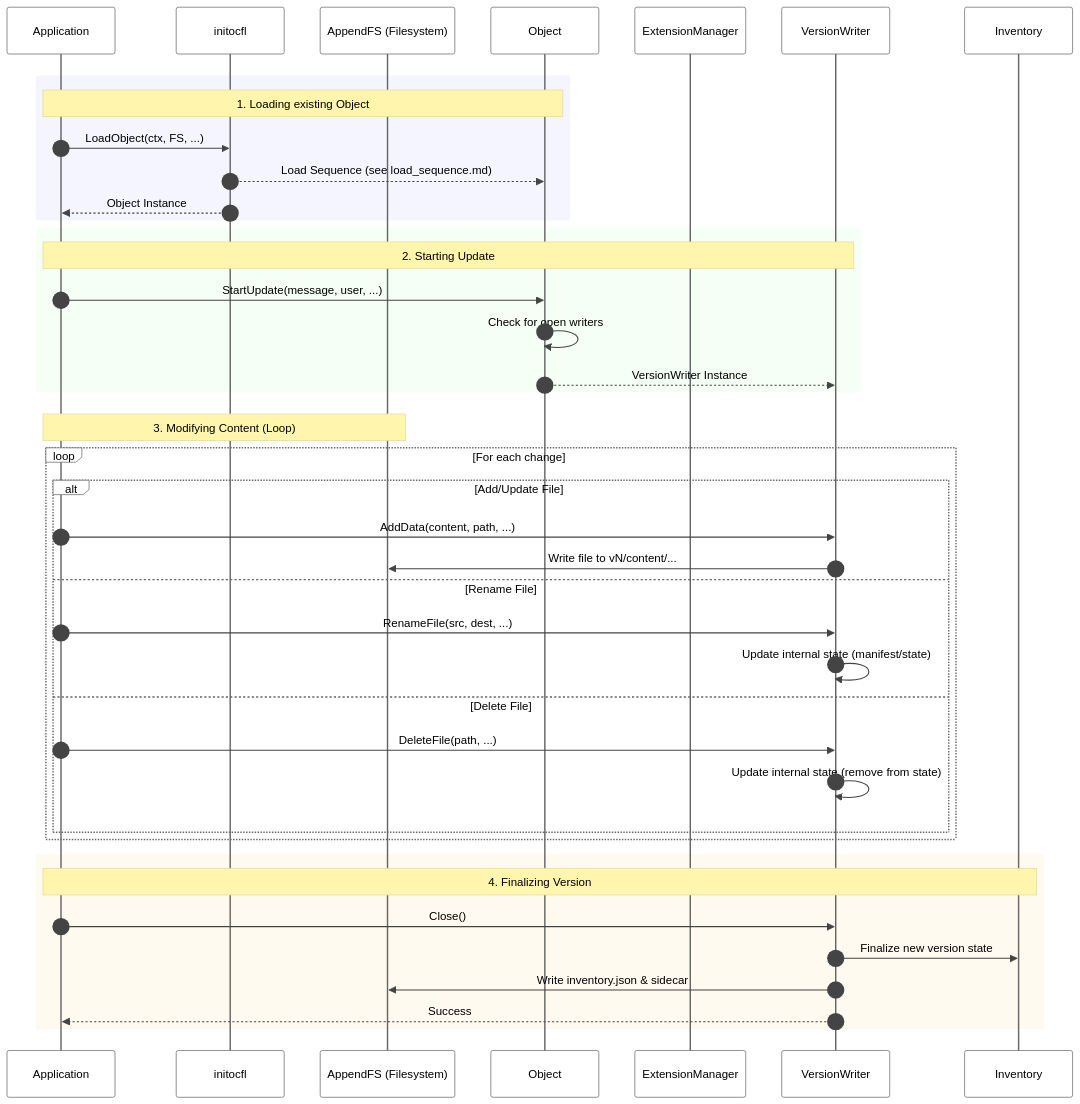
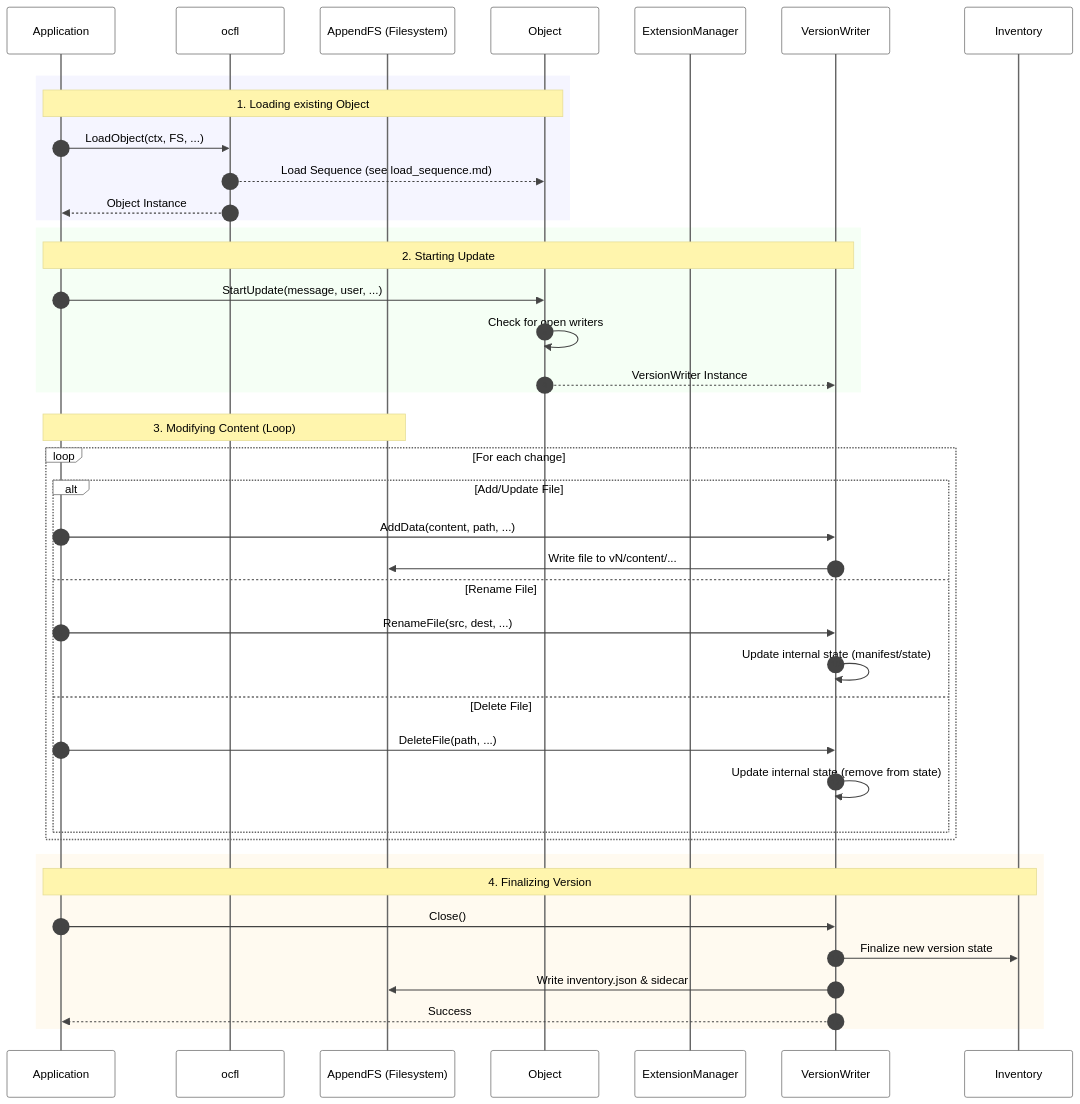
One commit to ocfl-archive/gocfl changed the diagram in pkg/ocfl/object/docs/update_sequence.md. Above: the diagram before and after it, drawn with Mermaid. The commit also changed 41 other files, not shown here.

Commit message:
Replaced `initocfl` package references with `ocfl` throughout the project for improved consistency in naming. Updated associated documentation, examples, and tests to reflect this change. Removed outdated `initocfl` documentation files.

````diff
--- a/pkg/ocfl/object/docs/update_sequence.md
+++ b/pkg/ocfl/object/docs/update_sequence.md
@@ -9,52 +9,52 @@
 ```mermaid
 %%{init: { 'theme': 'base', 'themeVariables': { 'background': '#ffffff', 'primaryTextColor': '#000000', 'lineColor': '#444444', 'secondaryColor': '#eeeeee', 'tertiaryColor': '#eeeeee', 'actorBkg': '#ffffff', 'actorBorder': '#666666', 'actorTextColor': '#000000', 'noteBkgColor': '#fff5ad', 'noteTextColor': '#000000', 'signalColor': '#444444', 'signalTextColor': '#000000', 'sequenceNumberColor': '#444444', 'loopTextColor': '#000000' } } }%%
 sequenceDiagram
     autonumber
     rect rgb(255, 255, 255)
     participant App as Application
-    participant Init as initocfl
+    participant Init as ocfl
     participant FS as AppendFS (Filesystem)
     participant Obj as Object
     participant EM as ExtensionManager
     participant VW as VersionWriter
     participant Inv as Inventory
 
     rect rgb(245, 245, 255)
     Note over App, Obj: 1. Loading existing Object
     App->>Init: LoadObject(ctx, FS, ...)
     Init-->>Obj: Load Sequence (see load_sequence.md)
     Init-->>App: Object Instance
     end
 
     rect rgb(245, 255, 245)
     Note over App, VW: 2. Starting Update
     App->>Obj: StartUpdate(message, user, ...)
     Obj->>Obj: Check for open writers
     Obj-->>VW: VersionWriter Instance
     end
 
     rect rgb(255, 255, 255)
     Note over App, FS: 3. Modifying Content (Loop)
     loop For each change
         alt Add/Update File
             App->>VW: AddData(content, path, ...)
             VW->>FS: Write file to vN/content/...
         else Rename File
             App->>VW: RenameFile(src, dest, ...)
             VW->>VW: Update internal state (manifest/state)
         else Delete File
             App->>VW: DeleteFile(path, ...)
             VW->>VW: Update internal state (remove from state)
         end
     end
     end
 
     rect rgb(255, 250, 240)
     Note over App, Inv: 4. Finalizing Version
     App->>VW: Close()
     VW->>Inv: Finalize new version state
     VW->>FS: Write inventory.json & sidecar
     VW-->>App: Success
     end
     end
 ```
````
